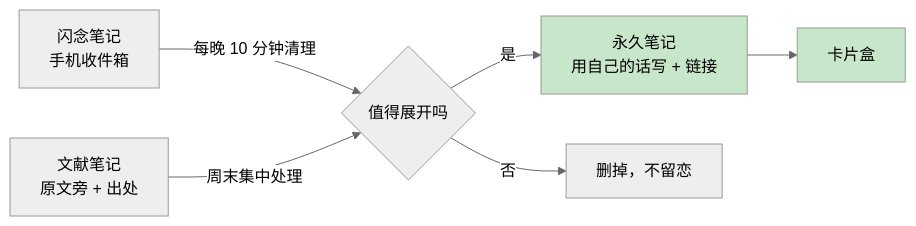
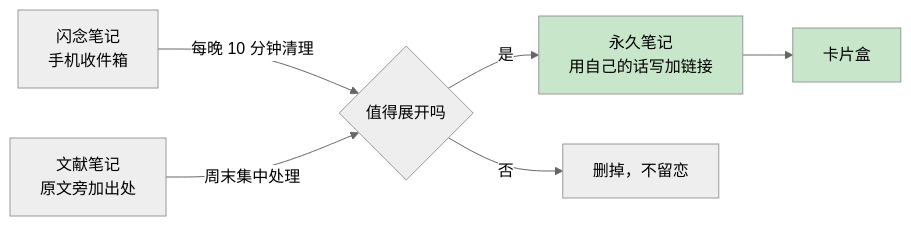
Before and after one commit to chongyang211/YCBookBlog: the third of 7 diagrams in packages/website/11.书籍/04.自我精进·学习/09.卡片笔记写作法.md, drawn with Mermaid (neutral theme). The commit also changed other lines of this file and 17 other files, not shown here.

````diff
--- a/packages/website/11.书籍/04.自我精进·学习/09.卡片笔记写作法.md
+++ b/packages/website/11.书籍/04.自我精进·学习/09.卡片笔记写作法.md
@@ -159,10 +150,10 @@
 ```mermaid
 graph LR
     A["闪念笔记<br/>手机收件箱"] -->|"每晚 10 分钟清理"| D{值得展开吗}
-    B["文献笔记<br/>原文旁 + 出处"] -->|"周末集中处理"| D
-    D -->|是| E["永久笔记<br/>用自己的话写 + 链接"]
+    B["文献笔记<br/>原文旁加出处"] -->|"周末集中处理"| D
+    D -->|是| E["永久笔记<br/>用自己的话写加链接"]
     D -->|否| F[删掉，不留恋]
     E --> G[卡片盒]
     style E fill:#c8e6c9
     style G fill:#c8e6c9
 ```
````
